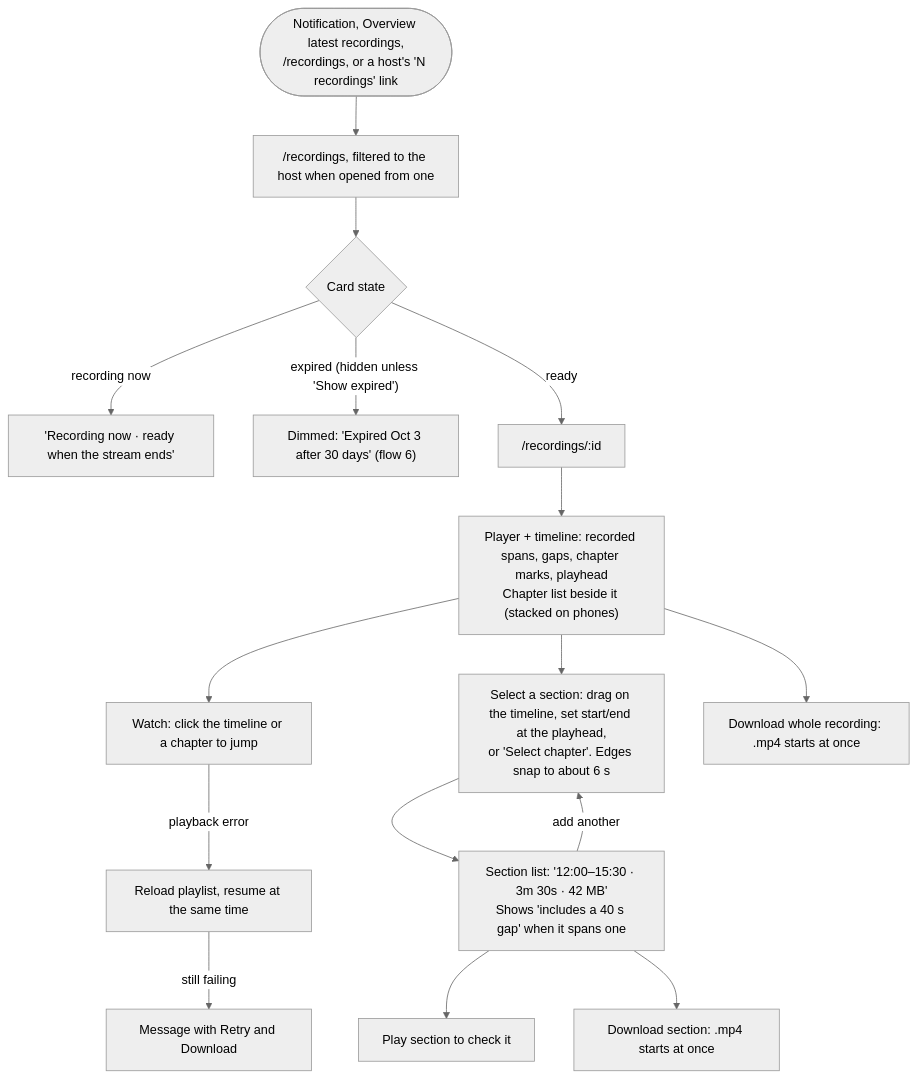
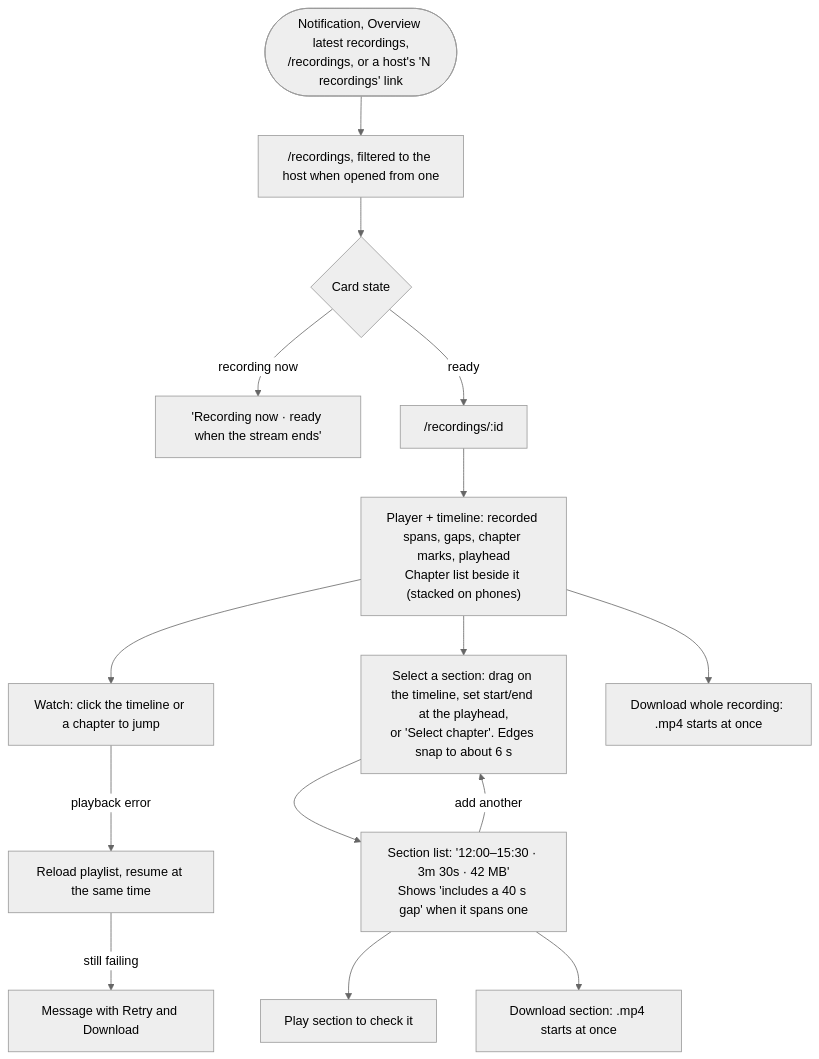
One commit to binhld98/AutoRecordLive changed the second of 3 diagrams in docs/user-flows-recordings.md. Above: the diagram before and after it, drawn with Mermaid (neutral theme). The commit also changed other lines of this file and 5 other files, not shown here.

````diff
--- a/docs/user-flows-recordings.md
+++ b/docs/user-flows-recordings.md
@@ -122,18 +103,17 @@
 ```mermaid
 flowchart TD
   entry(["Notification, Overview latest recordings,<br/>/recordings, or a host's 'N recordings' link"]) --> list["/recordings, filtered to the host when opened from one"]
   list --> card{"Card state"}
   card -- "recording now" --> inprog["'Recording now · ready when the stream ends'"]
-  card -- "expired (hidden unless 'Show expired')" --> expired["Dimmed: 'Expired Oct 3 after 30 days' (flow 6)"]
   card -- ready --> detail["/recordings/:id"]
   detail --> editor["Player + timeline: recorded spans, gaps, chapter marks, playhead<br/>Chapter list beside it (stacked on phones)"]
   editor --> watch["Watch: click the timeline or a chapter to jump"]
   editor --> select["Select a section: drag on the timeline, set start/end at the playhead,<br/>or 'Select chapter'. Edges snap to about 6 s"]
   select --> sections["Section list: '12:00–15:30 · 3m 30s · 42 MB'<br/>Shows 'includes a 40 s gap' when it spans one"]
   sections --> previewsel["Play section to check it"]
   sections --> dlsec["Download section: .mp4 starts at once"]
   sections -- "add another" --> select
   editor --> dlall["Download whole recording: .mp4 starts at once"]
   watch -- "playback error" --> retry["Reload playlist, resume at the same time"]
   retry -- "still failing" --> msg["Message with Retry and Download"]
 ```
````
